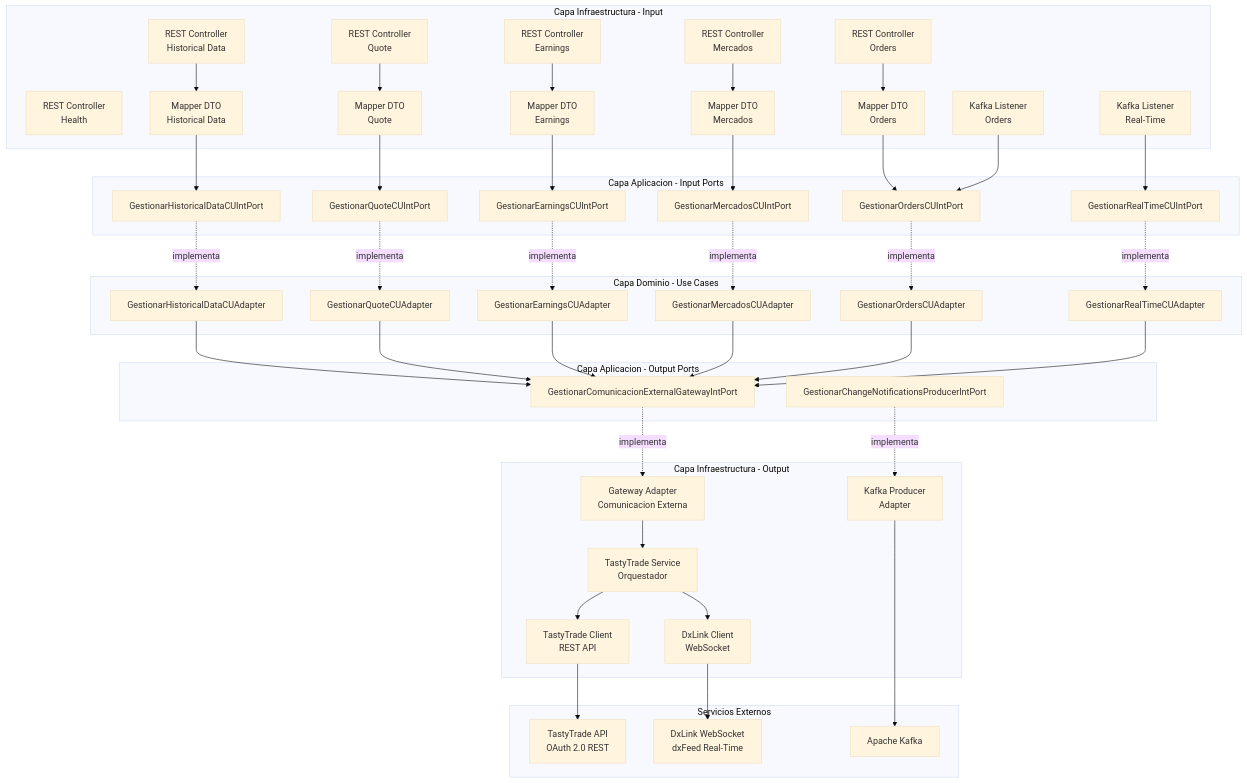
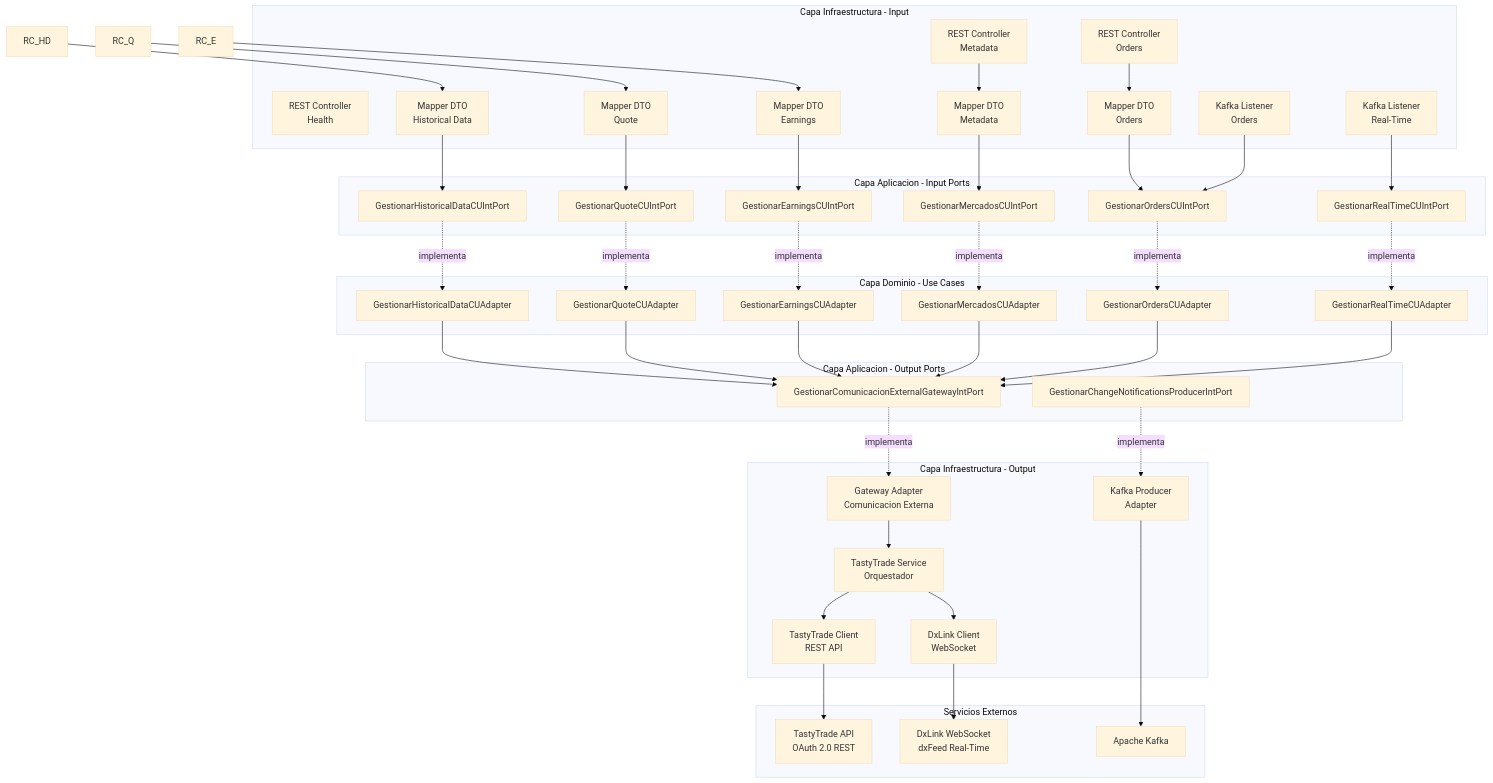
The first of 2 diagrams in README.md (MeTradingPlat/marketdata-service), drawn with Mermaid (base theme) before and after one commit. The commit also changed other lines of this file and 7 other files, not shown here.

````diff
--- a/README.md
+++ b/README.md
@@ -23,10 +23,7 @@
 ```mermaid
 graph TB
     subgraph "Capa Infraestructura - Input"
-        RC_HD["REST Controller<br/>Historical Data"]
-        RC_Q["REST Controller<br/>Quote"]
-        RC_E["REST Controller<br/>Earnings"]
-        RC_M["REST Controller<br/>Mercados"]
+        RC_MET["REST Controller<br/>Metadata"]
         RC_O["REST Controller<br/>Orders"]
         RC_H["REST Controller<br/>Health"]
         KL_O["Kafka Listener<br/>Orders"]
@@ -34,7 +31,7 @@
         MP_HD["Mapper DTO<br/>Historical Data"]
         MP_Q["Mapper DTO<br/>Quote"]
         MP_E["Mapper DTO<br/>Earnings"]
-        MP_M["Mapper DTO<br/>Mercados"]
+        MP_MET["Mapper DTO<br/>Metadata"]
         MP_O["Mapper DTO<br/>Orders"]
     end
 
@@ -78,7 +75,7 @@
     RC_HD --> MP_HD --> IP_HD
     RC_Q --> MP_Q --> IP_Q
     RC_E --> MP_E --> IP_E
-    RC_M --> MP_M --> IP_M
+    RC_MET --> MP_MET --> IP_M
     RC_O --> MP_O --> IP_O
     KL_O --> IP_O
     KL_RT --> IP_RT
````
